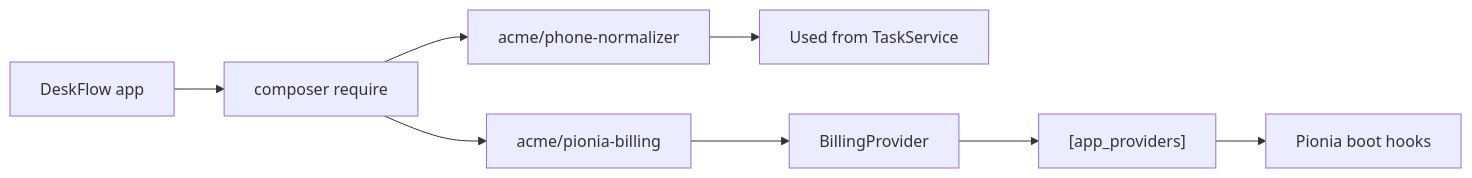
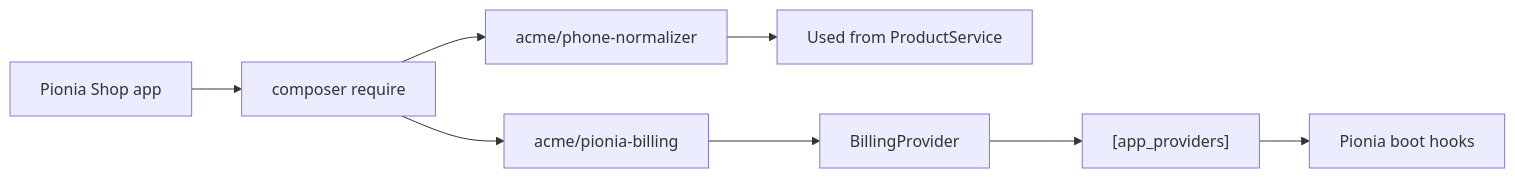
The diagram in content/docs/documentation/extending/packages.md (PioniaPHP-project/pionia-docs), drawn with Mermaid before and after one commit. The commit also changed other lines of this file and 268 other files, not shown here.

```diff
--- a/content/docs/documentation/extending/packages.md
+++ b/content/docs/documentation/extending/packages.md
@@ -39,10 +39,10 @@
 {{< mermaid >}}
 flowchart LR
-  Consumer[DeskFlow app] --> Require[composer require]
+  Consumer[Pionia Shop app] --> Require[composer require]
   Require --> Plugin["acme/phone-normalizer"]
   Require --> ProviderPkg["acme/pionia-billing"]
-  Plugin --> Service[Used from TaskService]
+  Plugin --> Service[Used from ProductService]
   ProviderPkg --> Prov[BillingProvider]
   Prov --> INI["[app_providers]"]
   INI --> Boot[Pionia boot hooks]
 {{< /mermaid >}}
```
